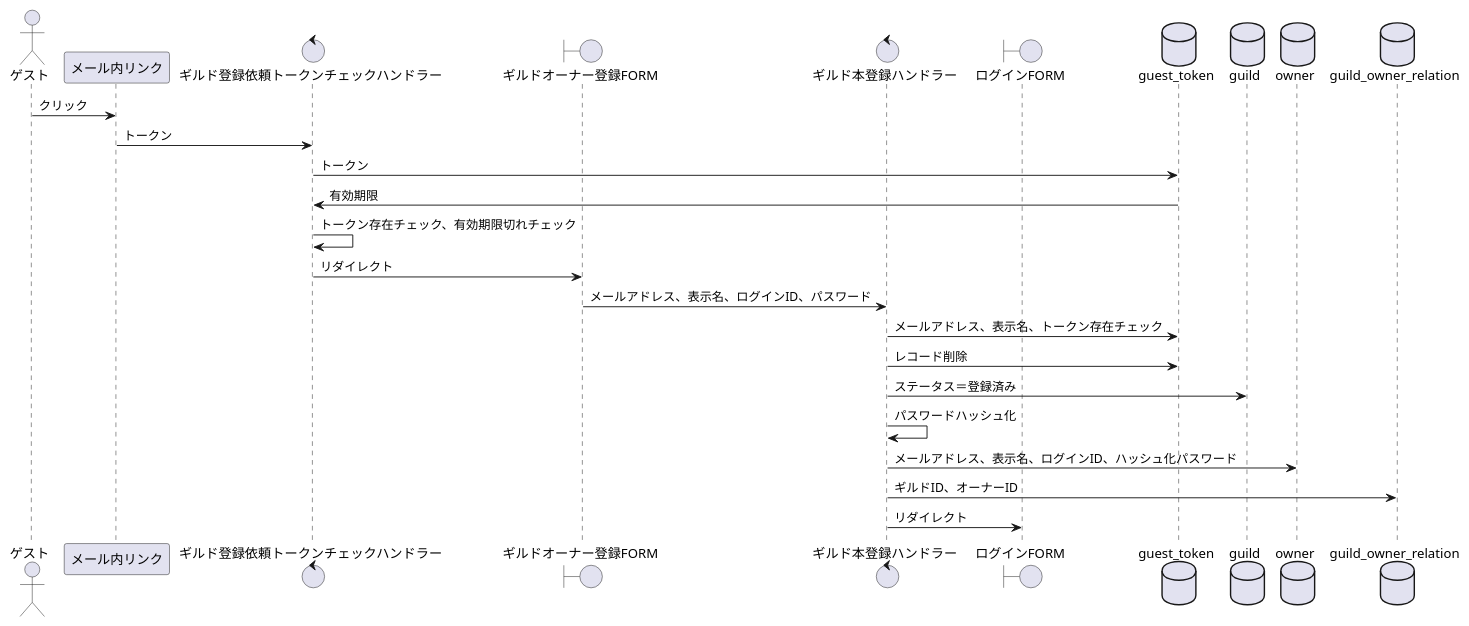
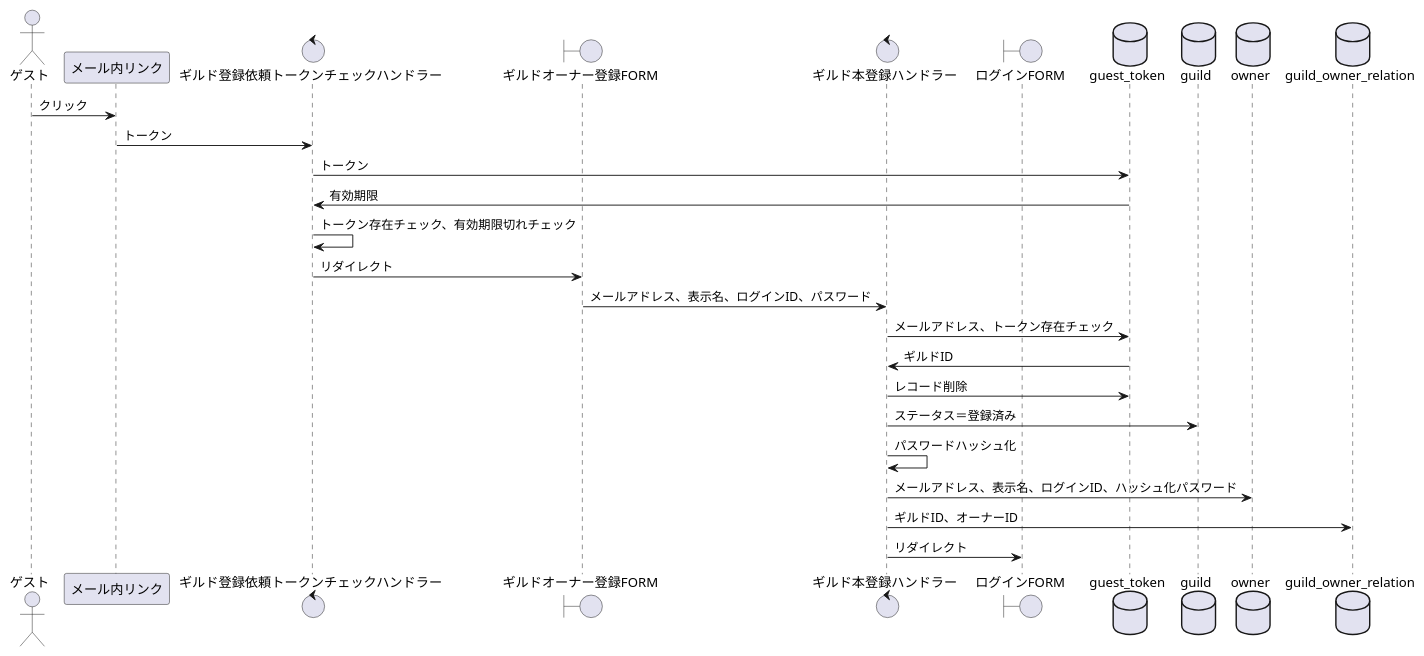
The diagram in design/sequence/ギルドオーナーを登録する.puml (sky0621/familiagildo), drawn with PlantUML before and after one commit. The commit also changed 13 other files, not shown here.

```diff
--- a/design/sequence/ギルドオーナーを登録する.puml
+++ b/design/sequence/ギルドオーナーを登録する.puml
@@ -1,29 +1,30 @@
 @startuml
 
 actor ゲスト as guest
 participant メール内リンク as mail
 control ギルド登録依頼トークンチェックハンドラー as handler
 boundary ギルドオーナー登録FORM as form
 control ギルド本登録ハンドラー as handler2
 boundary ログインFORM as form2
 database guest_token
 database guild
 database owner
 database guild_owner_relation as rel
 
 guest -> mail:クリック
 mail -> handler:トークン
 handler -> guest_token:トークン
 guest_token -> handler:有効期限
 handler -> handler:トークン存在チェック、有効期限切れチェック
 handler -> form:リダイレクト
 form -> handler2:メールアドレス、表示名、ログインID、パスワード
-handler2 -> guest_token:メールアドレス、表示名、トークン存在チェック
+handler2 -> guest_token:メールアドレス、トークン存在チェック
+guest_token -> handler2:ギルドID
 handler2 -> guest_token:レコード削除
 handler2 -> guild:ステータス＝登録済み
 handler2 -> handler2:パスワードハッシュ化
 handler2 -> owner:メールアドレス、表示名、ログインID、ハッシュ化パスワード
 handler2 -> rel:ギルドID、オーナーID
 handler2 -> form2:リダイレクト
 
 @enduml
```
